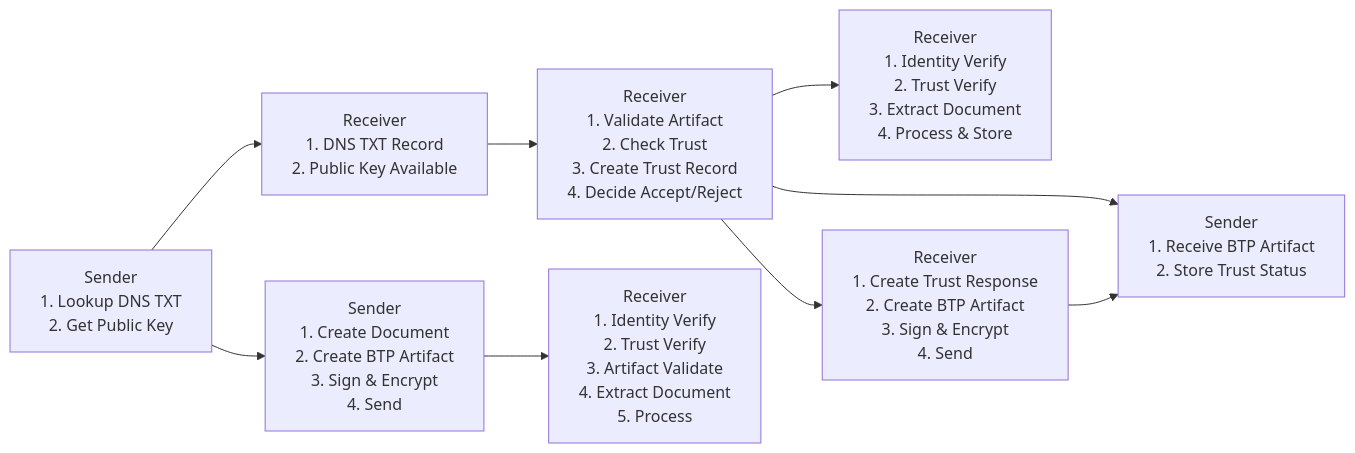
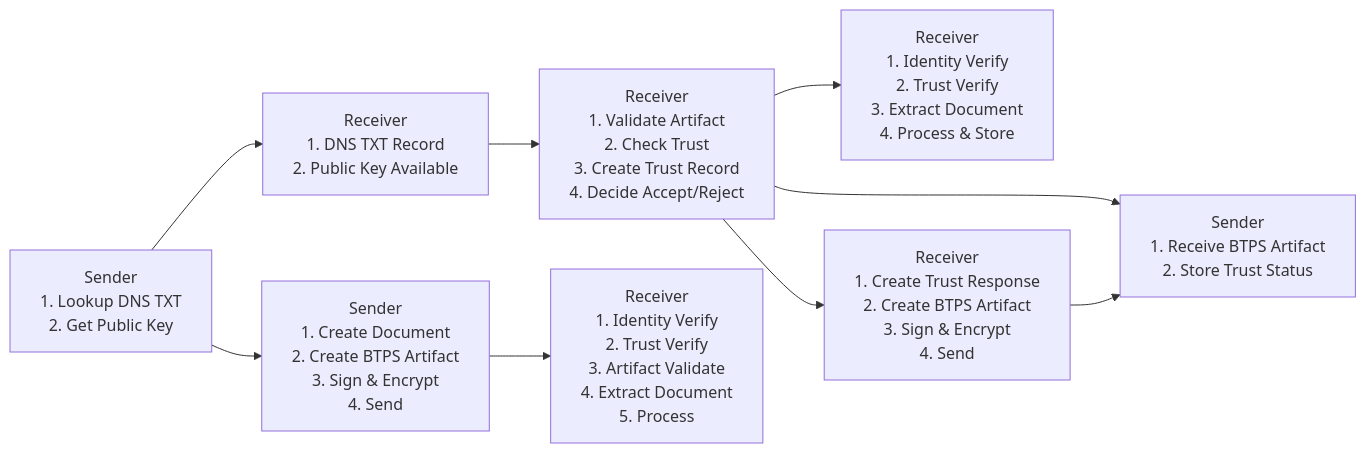
Before and after one commit to openbtps/btps-node: the first of 7 diagrams in docs/docusaurus/docs/protocol/messageFlow.md, drawn with Mermaid. The commit also changed other lines of this file and 19 other files, not shown here.

Commit message:
- updated BTP word to BTPS

````diff
--- a/docs/docusaurus/docs/protocol/messageFlow.md
+++ b/docs/docusaurus/docs/protocol/messageFlow.md
@@ -23,24 +24,24 @@
 ```mermaid
 flowchart LR
   %% DNS Discovery
   A1[Sender<br/>1. Lookup DNS TXT<br/>2. Get Public Key] --> A2[Receiver<br/>1. DNS TXT Record<br/>2. Public Key Available]
 
   %% Trust Request
   A2 --> A3[Receiver<br/>1. Validate Artifact<br/>2. Check Trust<br/>3. Create Trust Record<br/>4. Decide Accept/Reject]
 
   %% Document Exchange
   A3 --> A4[Receiver<br/>1. Identity Verify<br/>2. Trust Verify<br/>3. Extract Document<br/>4. Process & Store]
 
   %% Trust Response
-  A3 --> B1[Sender<br/>1. Receive BTP Artifact<br/>2. Store Trust Status]
-  A3 --> B2[Receiver<br/>1. Create Trust Response<br/>2. Create BTP Artifact<br/>3. Sign & Encrypt<br/>4. Send]
+  A3 --> B1[Sender<br/>1. Receive BTPS Artifact<br/>2. Store Trust Status]
+  A3 --> B2[Receiver<br/>1. Create Trust Response<br/>2. Create BTPS Artifact<br/>3. Sign & Encrypt<br/>4. Send]
 
   B2 --> B1
 
-  %% BTP Artifact Sending
-  B3[Sender<br/>1. Create Document<br/>2. Create BTP Artifact<br/>3. Sign & Encrypt<br/>4. Send] --> B4[Receiver<br/>1. Identity Verify<br/>2. Trust Verify<br/>3. Artifact Validate<br/>4. Extract Document<br/>5. Process]
+  %% BTPS Artifact Sending
+  B3[Sender<br/>1. Create Document<br/>2. Create BTPS Artifact<br/>3. Sign & Encrypt<br/>4. Send] --> B4[Receiver<br/>1. Identity Verify<br/>2. Trust Verify<br/>3. Artifact Validate<br/>4. Extract Document<br/>5. Process]
 
   %% Linking sender and receiver for main message flow
   A1 --> B3
 
 ```
````
